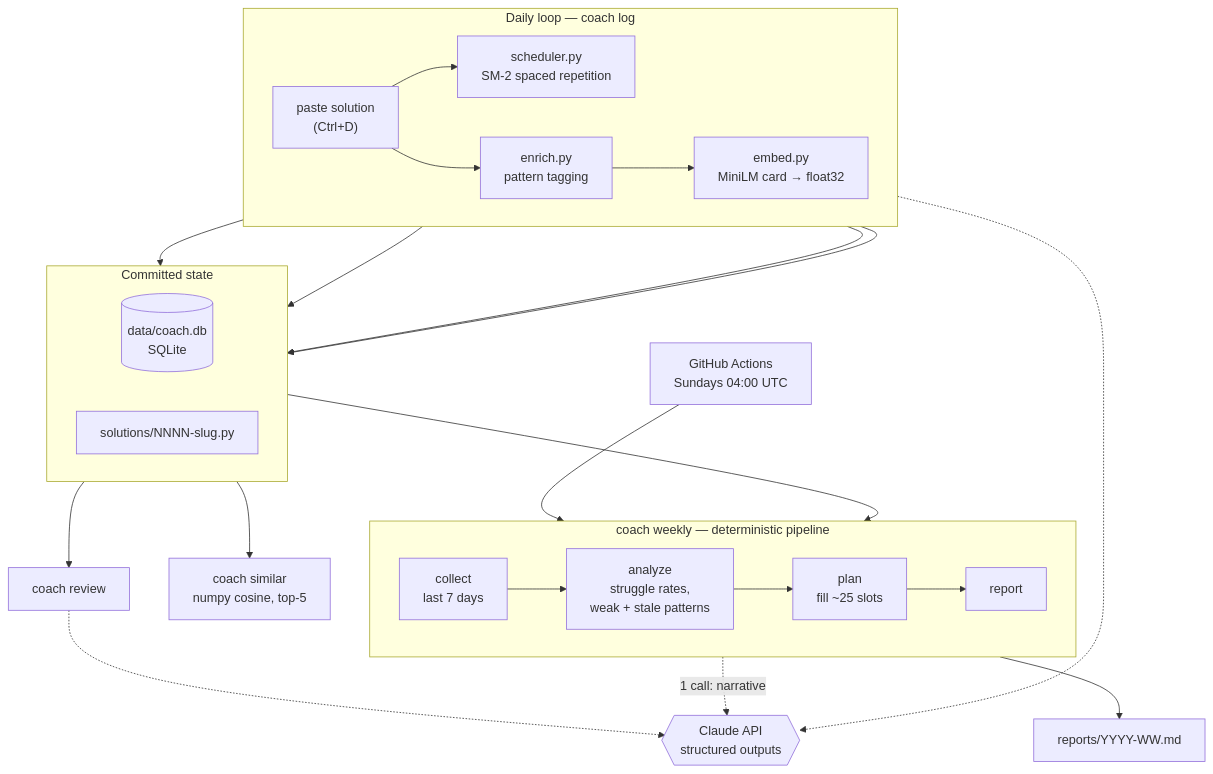
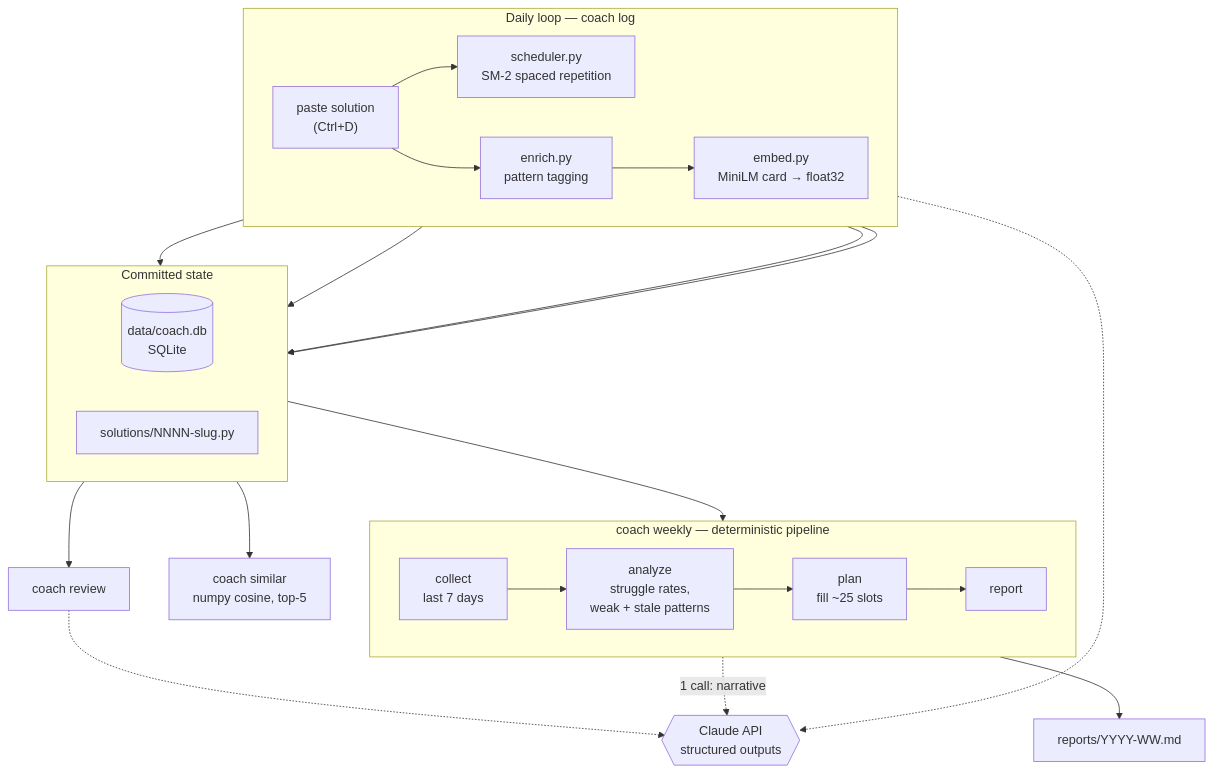
The diagram in README.md (AvivE453/leetcode-coach), drawn with Mermaid before and after one commit. The commit also changed other lines of this file and 1 other file, not shown here.

First line of the commit message:
Remove GitHub Actions weekly cron in favor of a local systemd timer

````diff
--- a/README.md
+++ b/README.md
@@ -18,38 +18,36 @@
 ```mermaid
 flowchart TB
     subgraph daily ["Daily loop — coach log"]
         direction LR
         paste["paste solution<br/>(Ctrl+D)"] --> sm2["scheduler.py<br/>SM-2 spaced repetition"]
         paste --> enr["enrich.py<br/>pattern tagging"]
         enr --> emb["embed.py<br/>MiniLM card → float32"]
     end
 
     subgraph state ["Committed state"]
         direction LR
         db[("data/coach.db<br/>SQLite")]
         files["solutions/NNNN-slug.py"]
     end
 
     subgraph weeklyp ["coach weekly — deterministic pipeline"]
         direction LR
         c["collect<br/>last 7 days"] --> a["analyze<br/>struggle rates,<br/>weak + stale patterns"] --> p["plan<br/>fill ~25 slots"] --> r["report"]
     end
 
     api{{"Claude API<br/>structured outputs"}}
 
     paste --> files
     sm2 --> db
     enr --> db
     emb --> db
     db --> c
     r --> md["reports/YYYY-WW.md"]
 
     enr -.-> api
     r -.->|"1 call: narrative"| api
 
     db --> sim["coach similar<br/>numpy cosine, top-5"]
     db --> rev["coach review"]
     rev -.-> api
-
-    ga["GitHub Actions<br/>Sundays 04:00 UTC"] --> weeklyp
 ```
````
